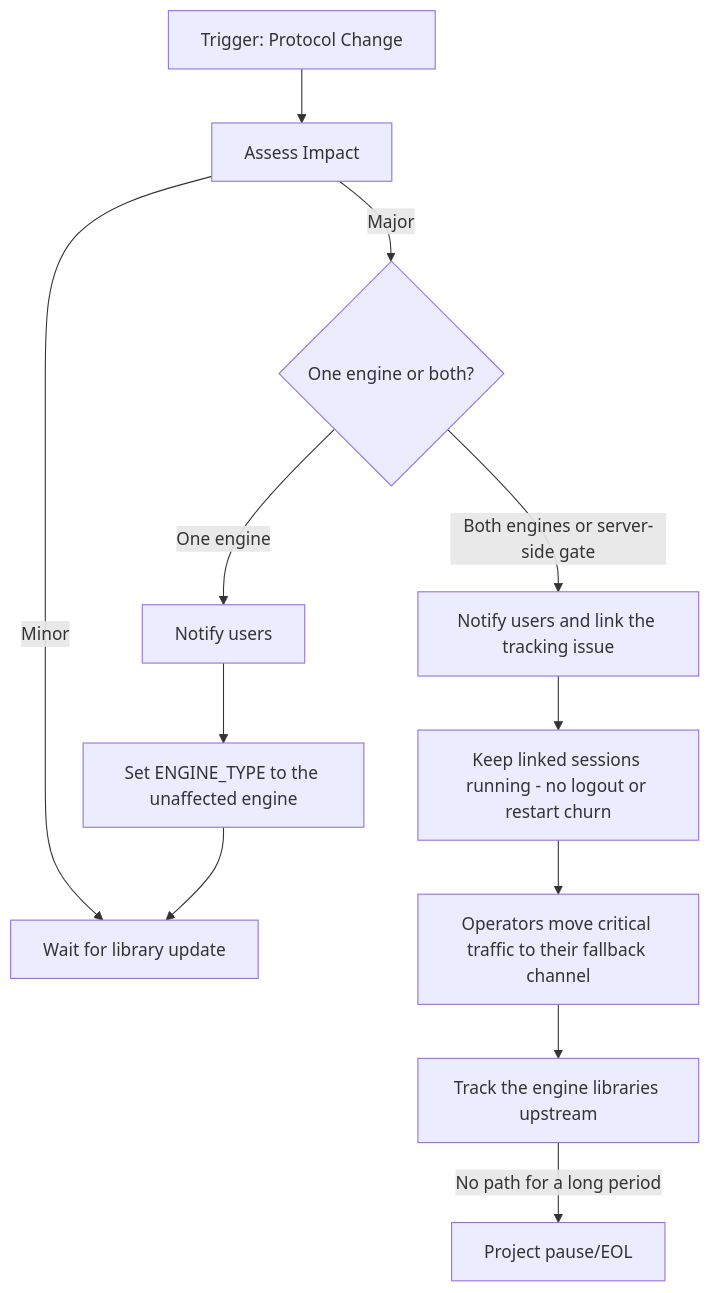
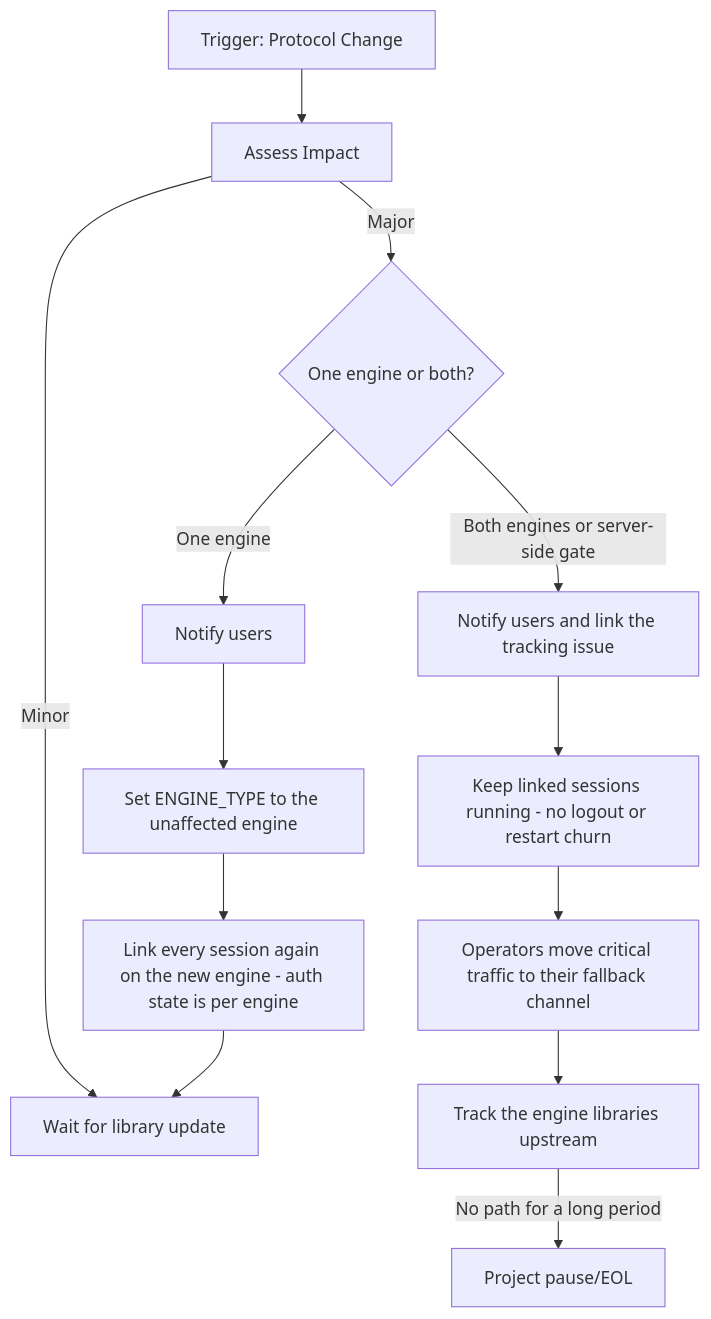
One commit to AntoineTROOVY/Sherlo changed the eighth of 11 diagrams in docs/16-risk-management.md. Above: the diagram before and after it, drawn with Mermaid. The commit also changed other lines of this file, not shown here.

First line of the commit message:
docs(risk): say an engine switch means linking every session again

````diff
--- a/docs/16-risk-management.md
+++ b/docs/16-risk-management.md
@@ -449,15 +449,16 @@
 ```mermaid
 flowchart TB
     T[Trigger: Protocol Change] --> A1[Assess Impact]
     A1 --> |Minor| M1[Wait for library update]
     A1 --> |Major| E{One engine or both?}
 
     E --> |One engine| C1[Notify users]
     C1 --> C2[Set ENGINE_TYPE to the unaffected engine]
-    C2 --> M1
+    C2 --> C3[Link every session again on the new engine - auth state is per engine]
+    C3 --> M1
     E --> |Both engines or server-side gate| B1[Notify users and link the tracking issue]
     B1 --> B2[Keep linked sessions running - no logout or restart churn]
     B2 --> B3[Operators move critical traffic to their fallback channel]
     B3 --> B4[Track the engine libraries upstream]
     B4 --> |No path for a long period| C5[Project pause/EOL]
 ```
````
